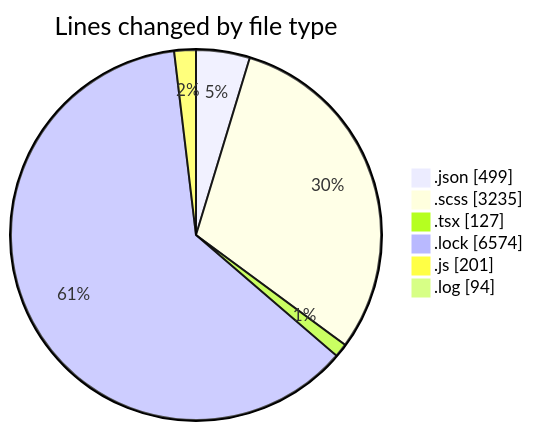
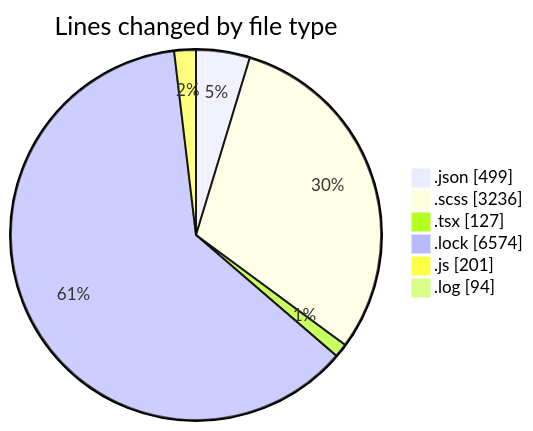
Before and after one commit to momahboobian/code-tracking: the first of 2 diagrams in 2026-08-11/cda/README.md, drawn with Mermaid. The commit also changed other lines of this file and 1 other file, not shown here.

````diff
--- a/2026-08-11/cda/README.md
+++ b/2026-08-11/cda/README.md
@@ -39,10 +39,10 @@
 ```mermaid
 pie showData
 title Lines changed by file type
 ".json" : 499
-".scss" : 3235
+".scss" : 3236
 ".tsx" : 127
 ".lock" : 6574
 ".js" : 201
 ".log" : 94
 ```
````
